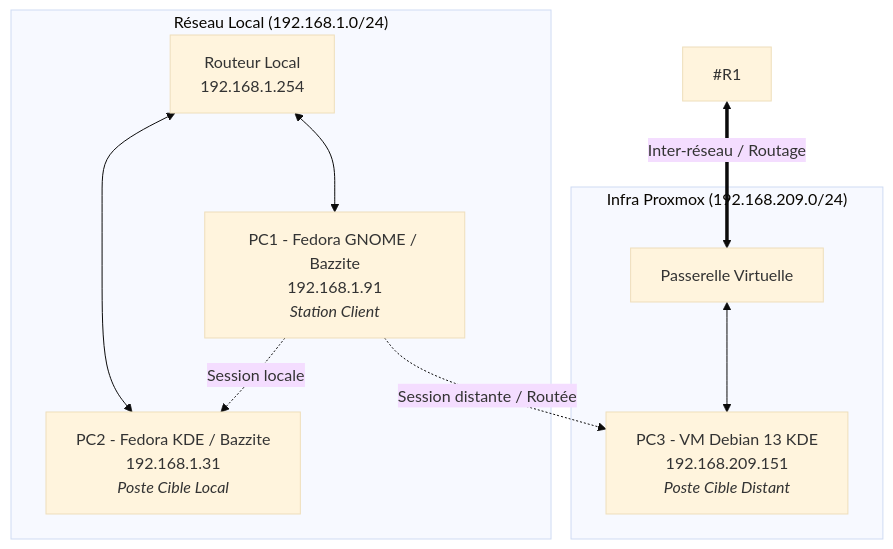
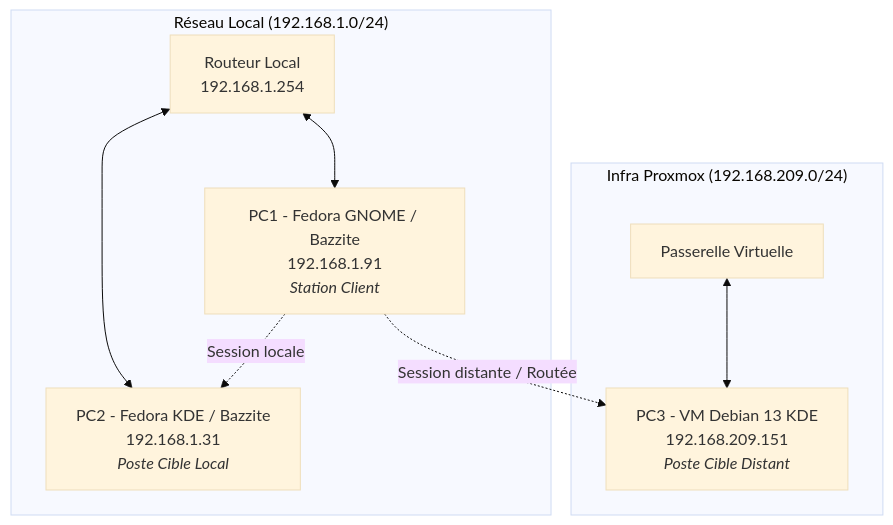
One commit to Loris-Kuj0/doc-sio changed the diagram in docs/da.md. Above: the diagram before and after it, drawn with Mermaid (base theme).

````diff
--- a/docs/da.md
+++ b/docs/da.md
@@ -24,22 +24,21 @@
 ```mermaid
 graph TD
     subgraph LAN1 ["Réseau Local (192.168.1.0/24)"]
         R1[Routeur Local<br/>192.168.1.254]
         PC1[PC1 - Fedora GNOME / Bazzite<br/>192.168.1.91<br/><i>Station Client</i>]
         PC2[PC2 - Fedora KDE / Bazzite<br/>192.168.1.31<br/><i>Poste Cible Local</i>]
         
         R1 <--> PC1
         R1 <--> PC2
     end
 
     subgraph PROXMOX ["Infra Proxmox (192.168.209.0/24)"]
         GW[Passerelle Virtuelle]
         PC3[PC3 - VM Debian 13 KDE<br/>192.168.209.151<br/><i>Poste Cible Distant</i>]
         
         GW <--> PC3
     end
 
-    #R1 <==>|Inter-réseau / Routage| GW
     PC1 -.->|Session locale| PC2
     PC1 -.->|Session distante / Routée| PC3
 ```
````
